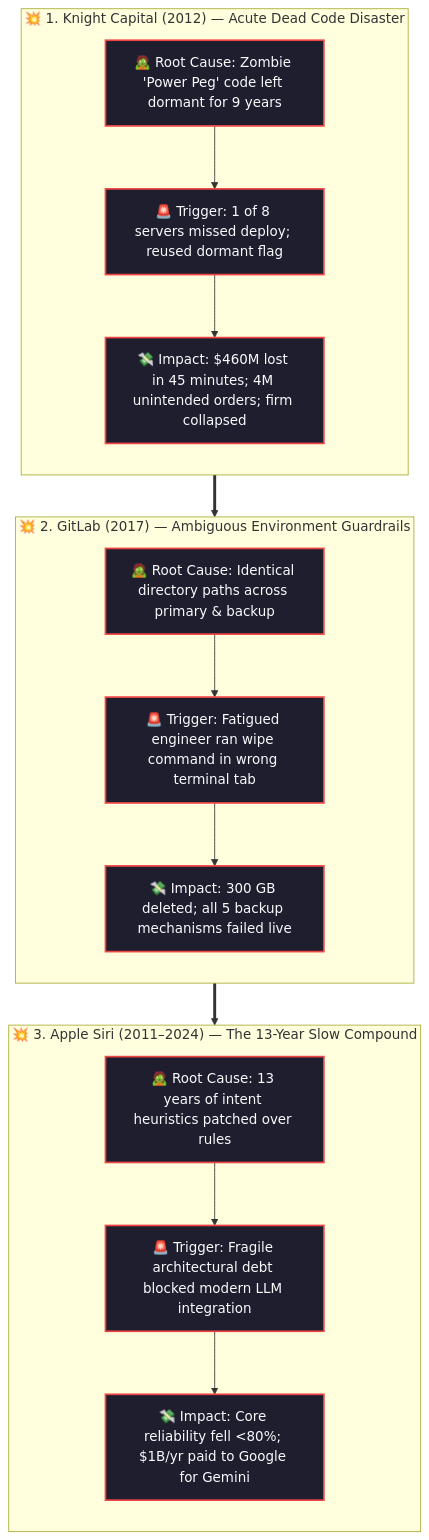
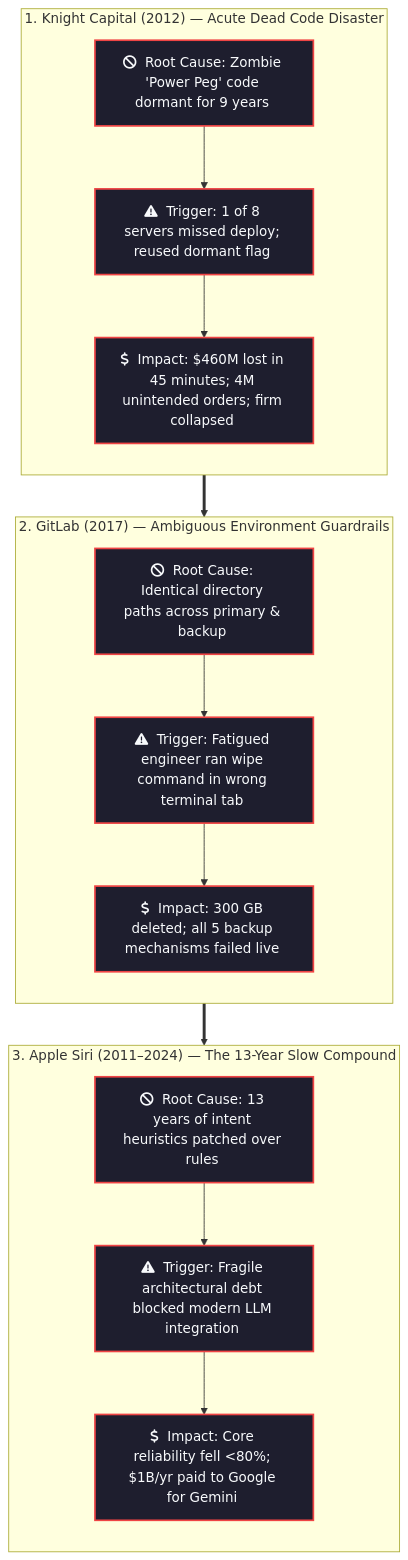
Before and after one commit to Dustu103/system-design: the fifth of 9 diagrams in 01-filestructure/articles/01-your-folder-structure-is-a-message.md, drawn with Mermaid. The commit also changed other lines of this file and 1 other file, not shown here.

````diff
--- a/01-filestructure/articles/01-your-folder-structure-is-a-message.md
+++ b/01-filestructure/articles/01-your-folder-structure-is-a-message.md
@@ -142,31 +142,31 @@
 ```mermaid
 flowchart TD
-    subgraph K["💥 1. Knight Capital (2012) — Acute Dead Code Disaster"]
+    subgraph K["1. Knight Capital (2012) — Acute Dead Code Disaster"]
         direction TB
-        K1["🧟 Root Cause: Zombie 'Power Peg' code left dormant for 9 years"]
-        K2["🚨 Trigger: 1 of 8 servers missed deploy; reused dormant flag"]
-        K3["💸 Impact: $460M lost in 45 minutes; 4M unintended orders; firm collapsed"]
+        K1["fa:fa-ban &nbsp;Root Cause: Zombie 'Power Peg' code dormant for 9 years&nbsp;"]
+        K2["fa:fa-exclamation-triangle &nbsp;Trigger: 1 of 8 servers missed deploy; reused dormant flag&nbsp;"]
+        K3["fa:fa-dollar &nbsp;Impact: $460M lost in 45 minutes; 4M unintended orders; firm collapsed&nbsp;"]
         K1 --> K2 --> K3
     end
 
-    subgraph G["💥 2. GitLab (2017) — Ambiguous Environment Guardrails"]
+    subgraph G["2. GitLab (2017) — Ambiguous Environment Guardrails"]
         direction TB
-        G1["🧟 Root Cause: Identical directory paths across primary & backup"]
-        G2["🚨 Trigger: Fatigued engineer ran wipe command in wrong terminal tab"]
-        G3["💸 Impact: 300 GB deleted; all 5 backup mechanisms failed live"]
+        G1["fa:fa-ban &nbsp;Root Cause: Identical directory paths across primary & backup&nbsp;"]
+        G2["fa:fa-exclamation-triangle &nbsp;Trigger: Fatigued engineer ran wipe command in wrong terminal tab&nbsp;"]
+        G3["fa:fa-dollar &nbsp;Impact: 300 GB deleted; all 5 backup mechanisms failed live&nbsp;"]
         G1 --> G2 --> G3
     end
 
-    subgraph S["💥 3. Apple Siri (2011–2024) — The 13-Year Slow Compound"]
+    subgraph S["3. Apple Siri (2011–2024) — The 13-Year Slow Compound"]
         direction TB
-        S1["🧟 Root Cause: 13 years of intent heuristics patched over rules"]
-        S2["🚨 Trigger: Fragile architectural debt blocked modern LLM integration"]
-        S3["💸 Impact: Core reliability fell <80%; $1B/yr paid to Google for Gemini"]
+        S1["fa:fa-ban &nbsp;Root Cause: 13 years of intent heuristics patched over rules&nbsp;"]
+        S2["fa:fa-exclamation-triangle &nbsp;Trigger: Fragile architectural debt blocked modern LLM integration&nbsp;"]
+        S3["fa:fa-dollar &nbsp;Impact: Core reliability fell <80%; $1B/yr paid to Google for Gemini&nbsp;"]
         S1 --> S2 --> S3
     end
 
     K ==> G ==> S
 
     classDef disaster fill:#1e1e2e,stroke:#ef4444,stroke-width:2px,color:#f8fafc;
     class K1,K2,K3,G1,G2,G3,S1,S2,S3 disaster;
 ```
````
